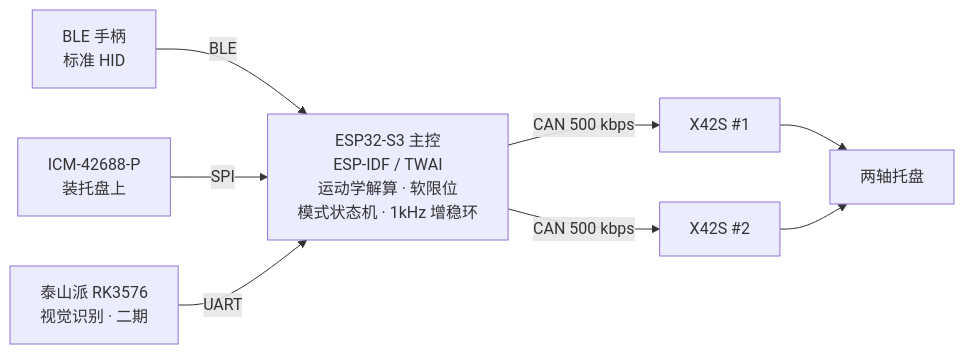
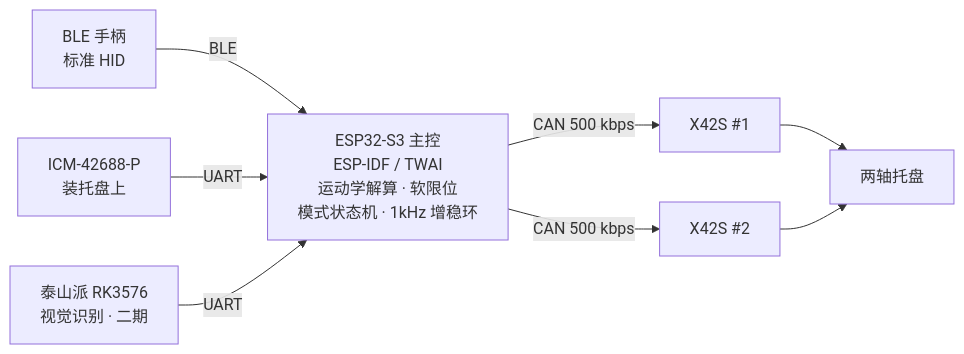
The diagram in README.md (shellinea/2dof-stabilized-turret), drawn with Mermaid before and after one commit.

Commit message:
Change IMU connection from SPI to UART

````diff
--- a/README.md
+++ b/README.md
@@ -51,16 +51,16 @@
 ```mermaid
 flowchart LR
     ESP["ESP32-S3 主控<br/>ESP-IDF / TWAI<br/>运动学解算 · 软限位<br/>模式状态机 · 1kHz 增稳环"]
 
     GP["BLE 手柄<br/>标准 HID"] -->|BLE| ESP
-    IMU["ICM-42688-P<br/>装托盘上"] -->|SPI| ESP
+    IMU["ICM-42688-P<br/>装托盘上"] -->|UART| ESP
     RK["泰山派 RK3576<br/>视觉识别 · 二期"] -->|UART| ESP
 
     M1["X42S #1"]
     M2["X42S #2"]
 
     ESP -->|CAN 500 kbps| M1
     ESP -->|CAN 500 kbps| M2
     M1 --> T["两轴托盘"]
     M2 --> T
 ```
````
